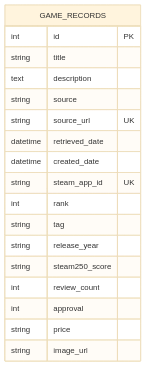
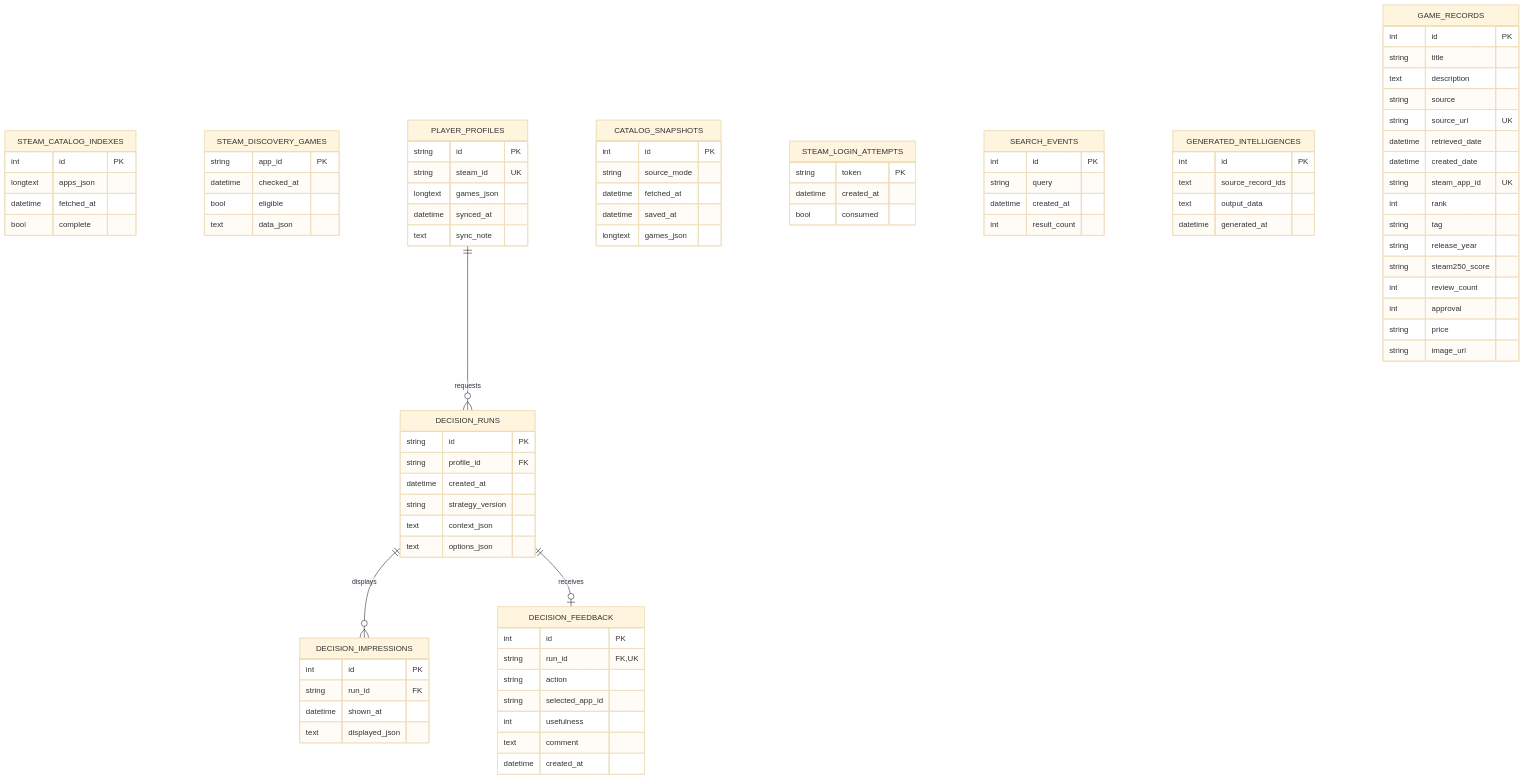
One commit to yousefmalik943/MalikYousef-it401-final-project-GameScope changed the diagram in docs/gamescope-erd.md. Above: the diagram before and after it, drawn with Mermaid (base theme). The commit also changed other lines of this file and 46 other files, not shown here.

First line of the commit message:
Add A6 Steam discovery, decision support, and community UI

````diff
--- a/docs/gamescope-erd.md
+++ b/docs/gamescope-erd.md
@@ -5,5 +8,74 @@
 ```mermaid
 erDiagram
+  STEAM_CATALOG_INDEXES {
+    int id PK
+    longtext apps_json
+    datetime fetched_at
+    bool complete
+  }
+  STEAM_DISCOVERY_GAMES {
+    string app_id PK
+    datetime checked_at
+    bool eligible
+    text data_json
+  }
+  PLAYER_PROFILES ||--o{ DECISION_RUNS : requests
+  DECISION_RUNS ||--o{ DECISION_IMPRESSIONS : displays
+  DECISION_RUNS ||--o| DECISION_FEEDBACK : receives
+  PLAYER_PROFILES {
+    string id PK
+    string steam_id UK
+    longtext games_json
+    datetime synced_at
+    text sync_note
+  }
+  DECISION_RUNS {
+    string id PK
+    string profile_id FK
+    datetime created_at
+    string strategy_version
+    text context_json
+    text options_json
+  }
+  DECISION_IMPRESSIONS {
+    int id PK
+    string run_id FK
+    datetime shown_at
+    text displayed_json
+  }
+  DECISION_FEEDBACK {
+    int id PK
+    string run_id FK,UK
+    string action
+    string selected_app_id
+    int usefulness
+    text comment
+    datetime created_at
+  }
+  CATALOG_SNAPSHOTS {
+    int id PK
+    string source_mode
+    datetime fetched_at
+    datetime saved_at
+    longtext games_json
+  }
+  STEAM_LOGIN_ATTEMPTS {
+    string token PK
+    datetime created_at
+    bool consumed
+  }
+  SEARCH_EVENTS {
+    int id PK
+    string query
+    datetime created_at
+    int result_count
+  }
+  GENERATED_INTELLIGENCES {
+    int id PK
+    text source_record_ids
+    text output_data
+    datetime generated_at
+  }
   GAME_RECORDS {
     int id PK
     string title
````
